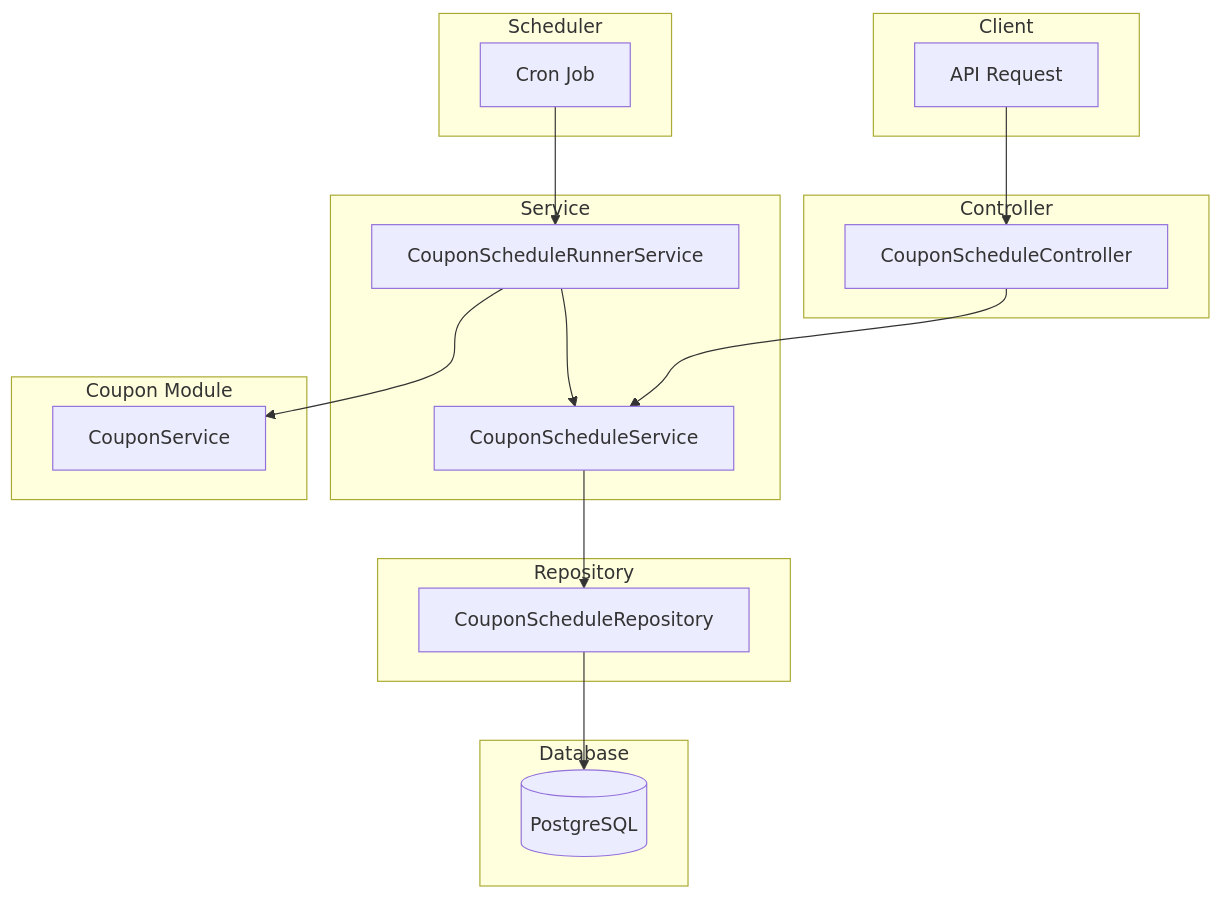
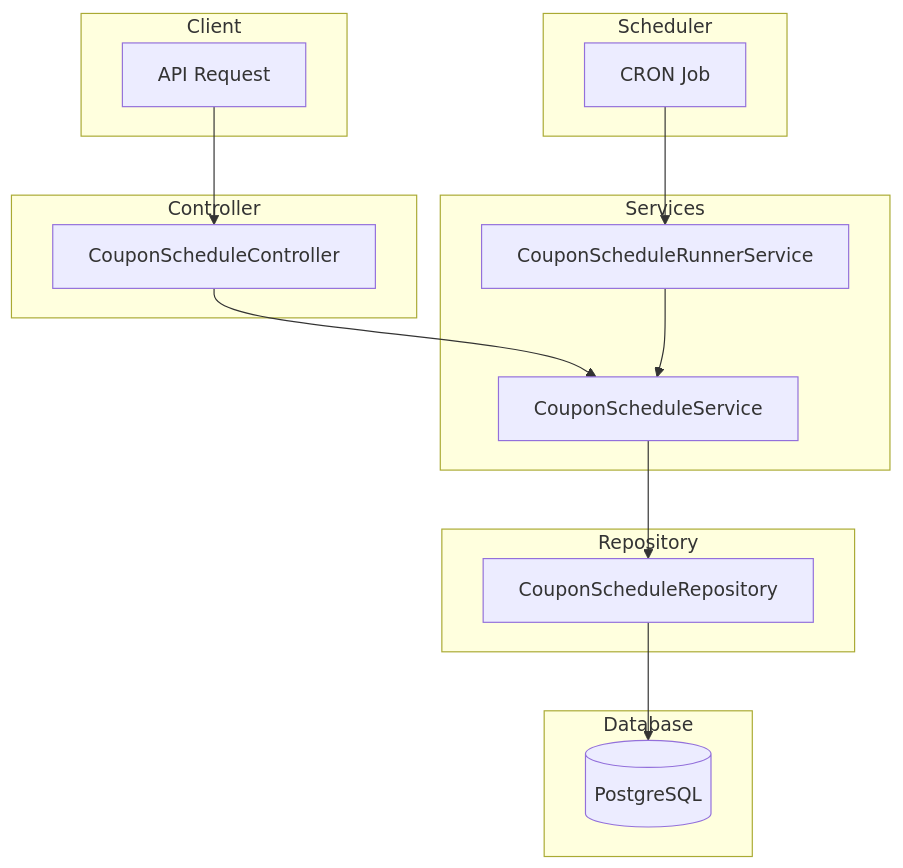
Before and after one commit to ZombieGenZ/gen-hub: the diagram in server/documents/api-document/coupon-schedule-module.md, drawn with Mermaid. The commit also changed other lines of this file and 6 other files, not shown here.

Commit message:
feat: Implement coupon and coupon schedule management modules with API documentation.

````diff
--- a/server/documents/api-document/coupon-schedule-module.md
+++ b/server/documents/api-document/coupon-schedule-module.md
@@ -13,39 +11,34 @@
 ```mermaid
 flowchart TB
     subgraph Client
         A[API Request]
     end
     
     subgraph Controller
         B[CouponScheduleController]
     end
     
-    subgraph Service
+    subgraph Services
         C[CouponScheduleService]
         D[CouponScheduleRunnerService]
     end
     
-    subgraph Scheduler
-        E[Cron Job]
-    end
-    
     subgraph Repository
-        F[CouponScheduleRepository]
+        E[CouponScheduleRepository]
     end
     
     subgraph Database
-        G[(PostgreSQL)]
+        F[(PostgreSQL)]
     end
     
-    subgraph Coupon Module
-        H[CouponService]
+    subgraph Scheduler
+        G[CRON Job]
     end
     
     A --> B
     B --> C
-    E --> D
+    C --> E
+    E --> F
+    G --> D
     D --> C
-    C --> F
-    F --> G
-    D --> H
 ```
````
